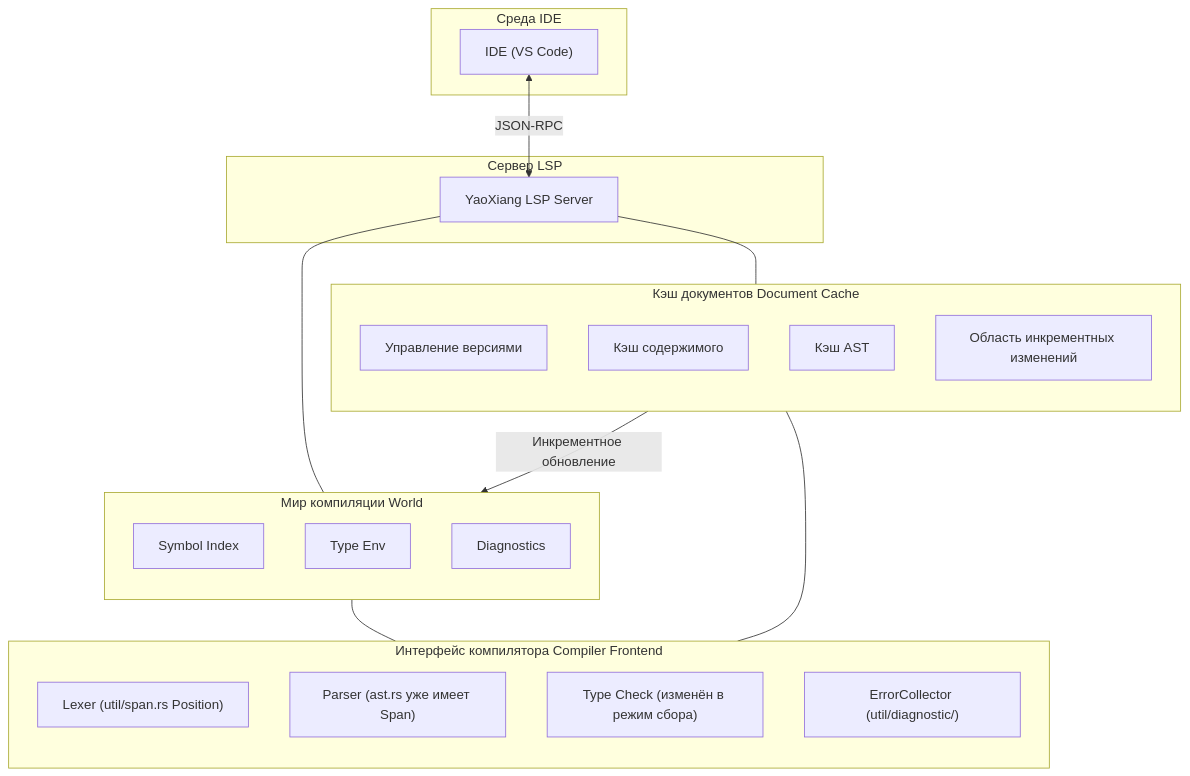
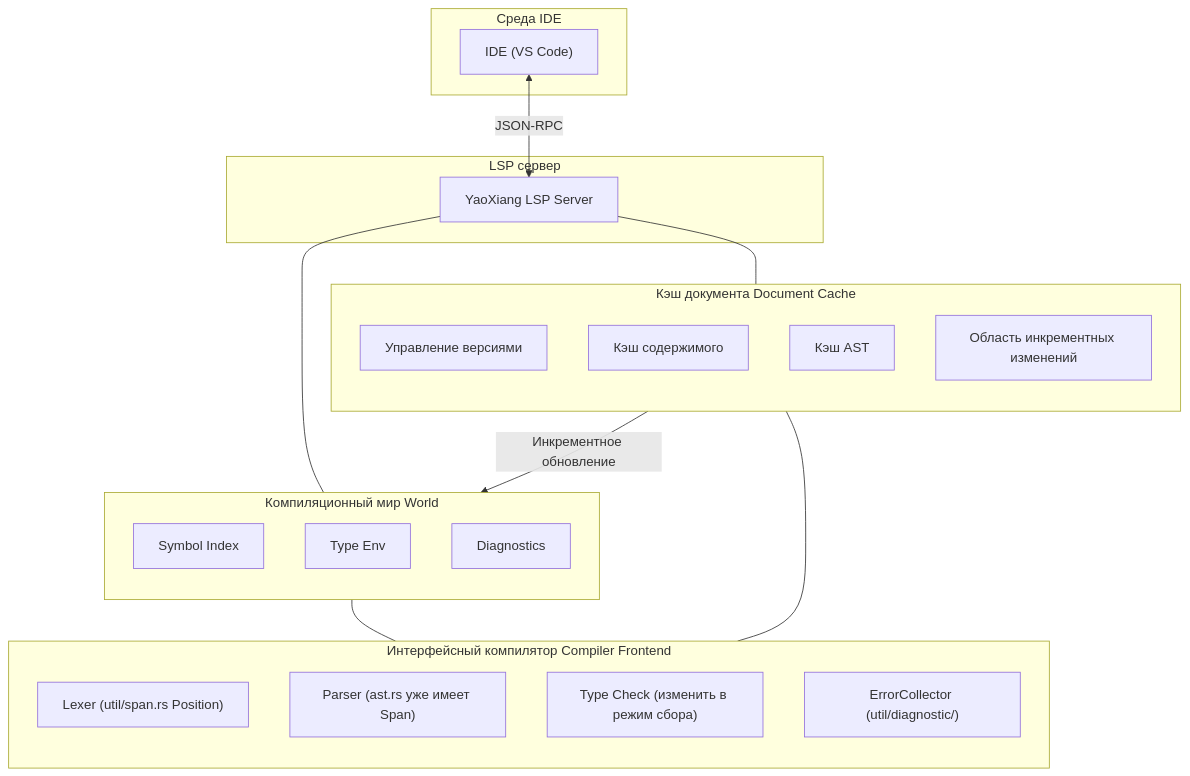
Before and after one commit to ChenXu233/YaoXiang: the diagram in docs/src/ru/design/rfc/accepted/017-lsp-support.md, drawn with Mermaid. The commit also changed other lines of this file and 392 other files, not shown here.

````diff
--- a/docs/src/ru/design/rfc/accepted/017-lsp-support.md
+++ b/docs/src/ru/design/rfc/accepted/017-lsp-support.md
@@ -162,43 +149,43 @@
 ```mermaid
 flowchart TD
     subgraph IDE_Environment [Среда IDE]
         IDE["IDE (VS Code)"]
     end
 
-    subgraph LSP_Server [Сервер LSP]
+    subgraph LSP_Server [LSP сервер]
         LSP["YaoXiang LSP Server"]
     end
 
-    subgraph World_Compile [Мир компиляции World]
+    subgraph World_Compile [Компиляционный мир World]
         direction TB
         W_Symbol["Symbol Index"]
         W_Type["Type Env"]
         W_Diag["Diagnostics"]
     end
 
-    subgraph Cache [Кэш документов Document Cache]
+    subgraph Cache [Кэш документа Document Cache]
         direction TB
         C_Version["Управление версиями"]
         C_Content["Кэш содержимого"]
         C_AST["Кэш AST"]
         C_Delta["Область инкрементных изменений"]
     end
 
-    subgraph Frontend [Интерфейс компилятора Compiler Frontend]
+    subgraph Frontend [Интерфейсный компилятор Compiler Frontend]
         direction TB
         F_Lexer["Lexer (util/span.rs Position)"]
         F_Parser["Parser (ast.rs уже имеет Span)"]
-        F_TypeCheck["Type Check (изменён в режим сбора)"]
+        F_TypeCheck["Type Check (изменить в режим сбора)"]
         F_ErrorCollector["ErrorCollector (util/diagnostic/)"]
     end
 
     IDE <-->|JSON-RPC| LSP
 
     LSP --- World_Compile
     LSP --- Cache
 
     Cache -- "Инкрементное обновление" --> World_Compile
 
     World_Compile --- Frontend
     Cache --- Frontend
 ```
````
